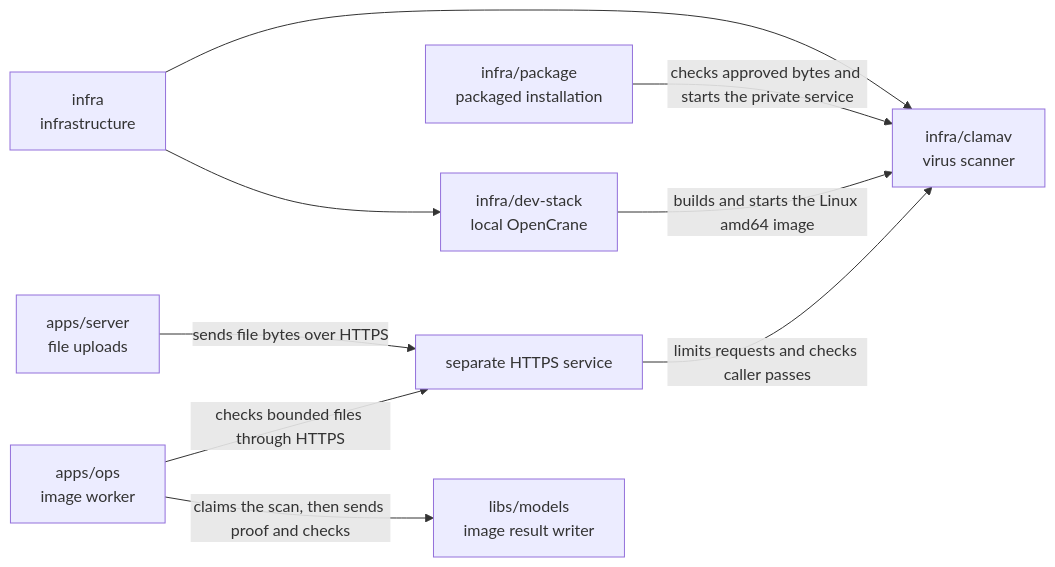
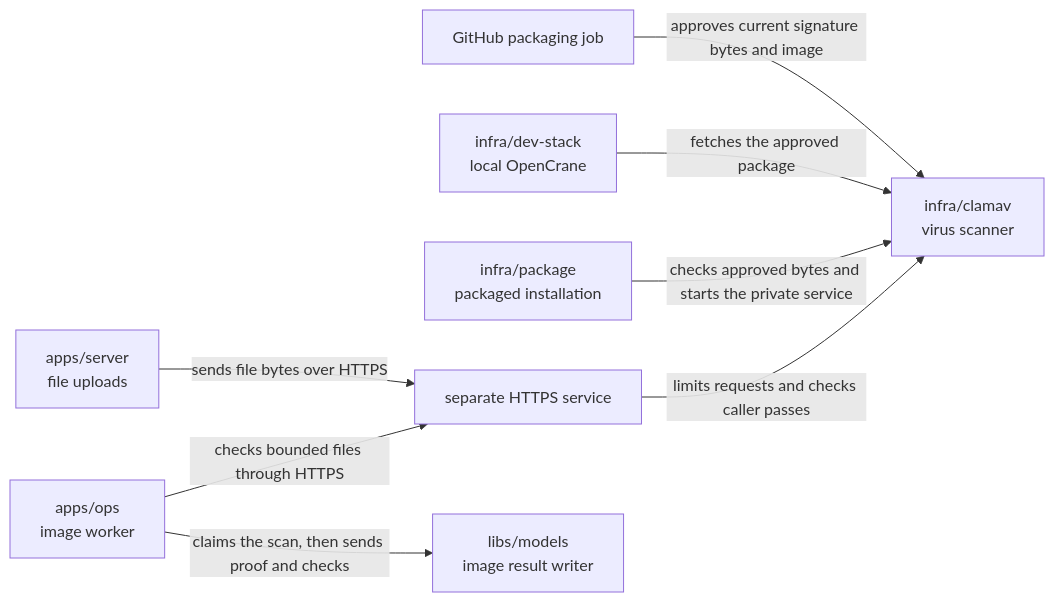
One commit to elewa-git/opencrane-new changed the diagram in infra/clamav/README.md. Above: the diagram before and after it, drawn with Mermaid. The commit also changed other lines of this file and 21 other files, not shown here.

Commit message:
📦 Approve scanner packages through the scheduled GitHub job

````diff
--- a/infra/clamav/README.md
+++ b/infra/clamav/README.md
@@ -21,11 +21,10 @@
 ```mermaid
 flowchart LR
-  infra["infra<br/>infrastructure"] --> clamav["infra/clamav<br/>virus scanner"]
-  infra --> stack["infra/dev-stack<br/>local OpenCrane"]
-  stack -->|builds and starts the Linux amd64 image| clamav
+  packaging["GitHub packaging job"] -->|approves current signature bytes and image| clamav["infra/clamav<br/>virus scanner"]
+  stack["infra/dev-stack<br/>local OpenCrane"] -->|fetches the approved package| clamav
   package["infra/package<br/>packaged installation"] -->|checks approved bytes and starts the private service| clamav
   server["apps/server<br/>file uploads"] -->|sends file bytes over HTTPS| launcher
   worker["apps/ops<br/>image worker"] -->|checks bounded files through HTTPS| launcher
   worker -->|claims the scan, then sends proof and checks| models["libs/models<br/>image result writer"]
   launcher["separate HTTPS service"] -->|limits requests and checks caller passes| clamav
 ```
````
